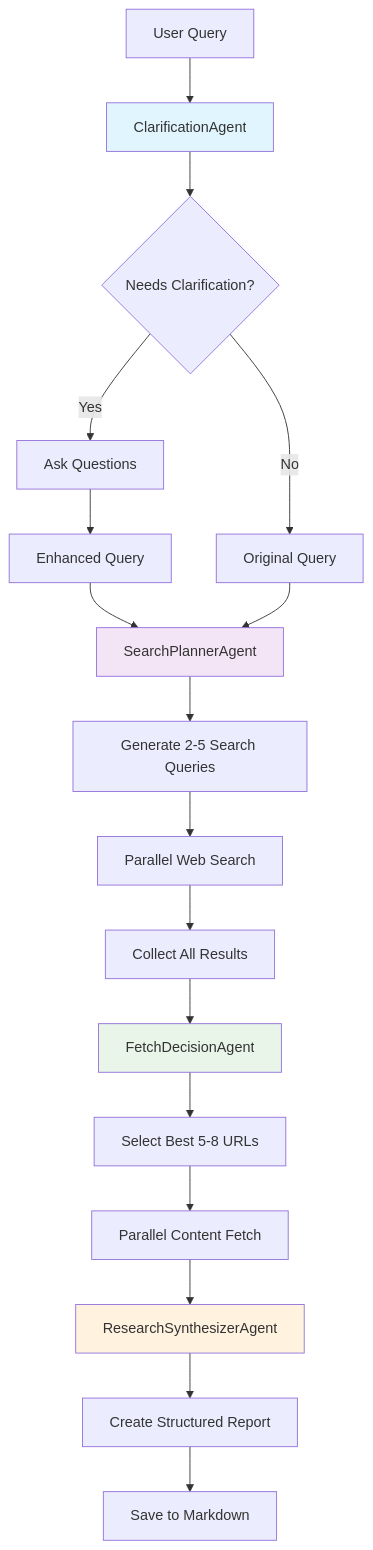
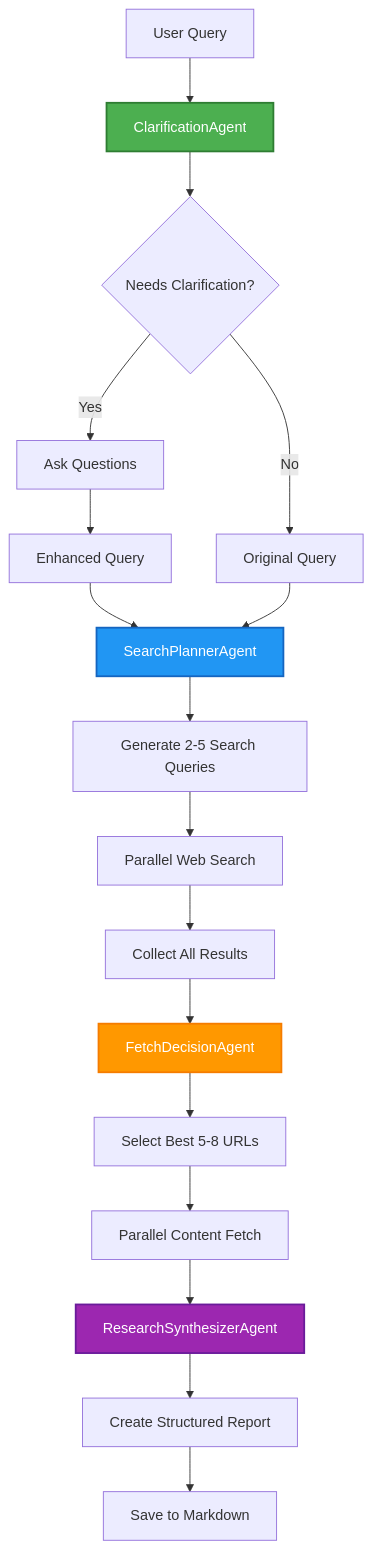
The second of 2 diagrams in README.md (Vanekkk1/structured_output_VS_multi_agent--deep-research-agent), drawn with Mermaid before and after one commit.

````diff
--- a/README.md
+++ b/README.md
@@ -144,25 +144,25 @@
 ```mermaid
 graph TD
     A[User Query] --> B[ClarificationAgent]
     B --> C{Needs Clarification?}
     C -->|Yes| D[Ask Questions]
     D --> E[Enhanced Query]
     C -->|No| F[Original Query]
     E --> G[SearchPlannerAgent]
     F --> G
     
     G --> H[Generate 2-5 Search Queries]
     H --> I[Parallel Web Search]
     I --> J[Collect All Results]
     J --> K[FetchDecisionAgent]
     K --> L[Select Best 5-8 URLs]
     L --> M[Parallel Content Fetch]
     M --> N[ResearchSynthesizerAgent]
     N --> O[Create Structured Report]
     O --> P[Save to Markdown]
     
-    style B fill:#e1f5fe
-    style G fill:#f3e5f5
-    style K fill:#e8f5e8
-    style N fill:#fff3e0
+    style B fill:#4CAF50,stroke:#2E7D32,stroke-width:2px,color:#fff
+    style G fill:#2196F3,stroke:#1565C0,stroke-width:2px,color:#fff
+    style K fill:#FF9800,stroke:#F57C00,stroke-width:2px,color:#fff
+    style N fill:#9C27B0,stroke:#6A1B9A,stroke-width:2px,color:#fff
 ```
````
